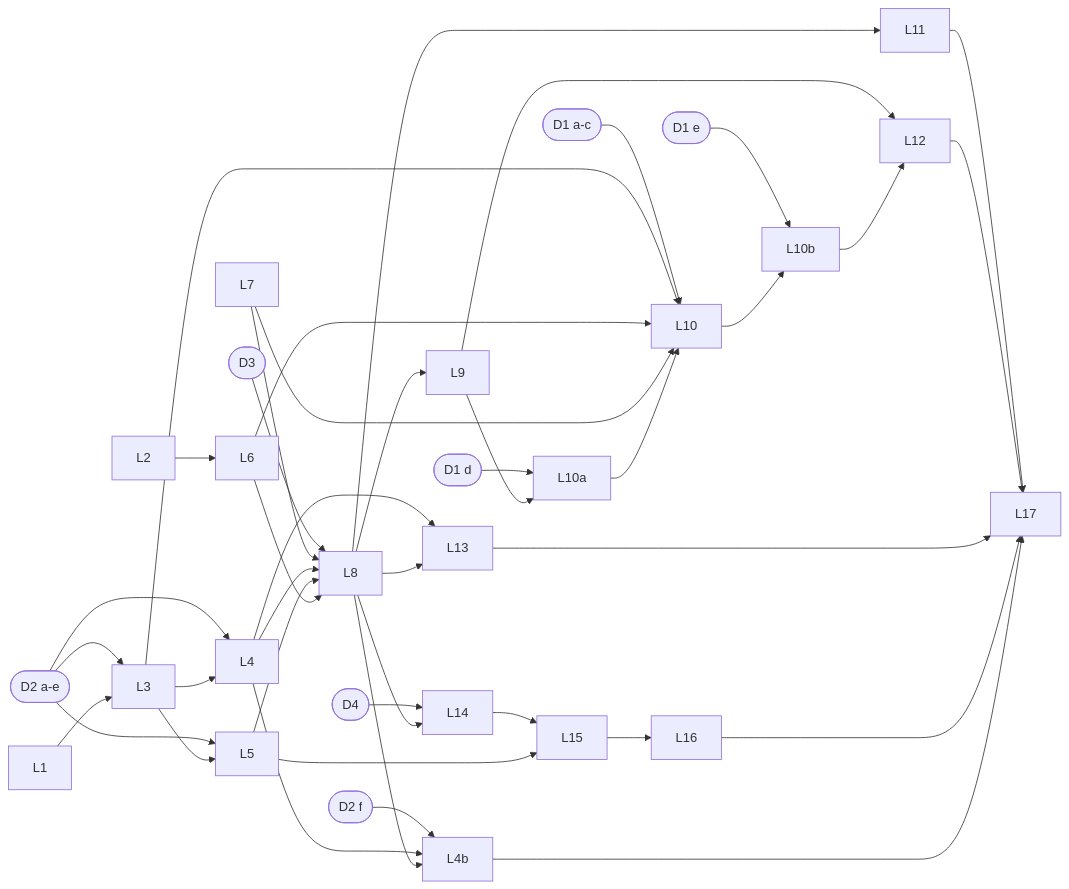
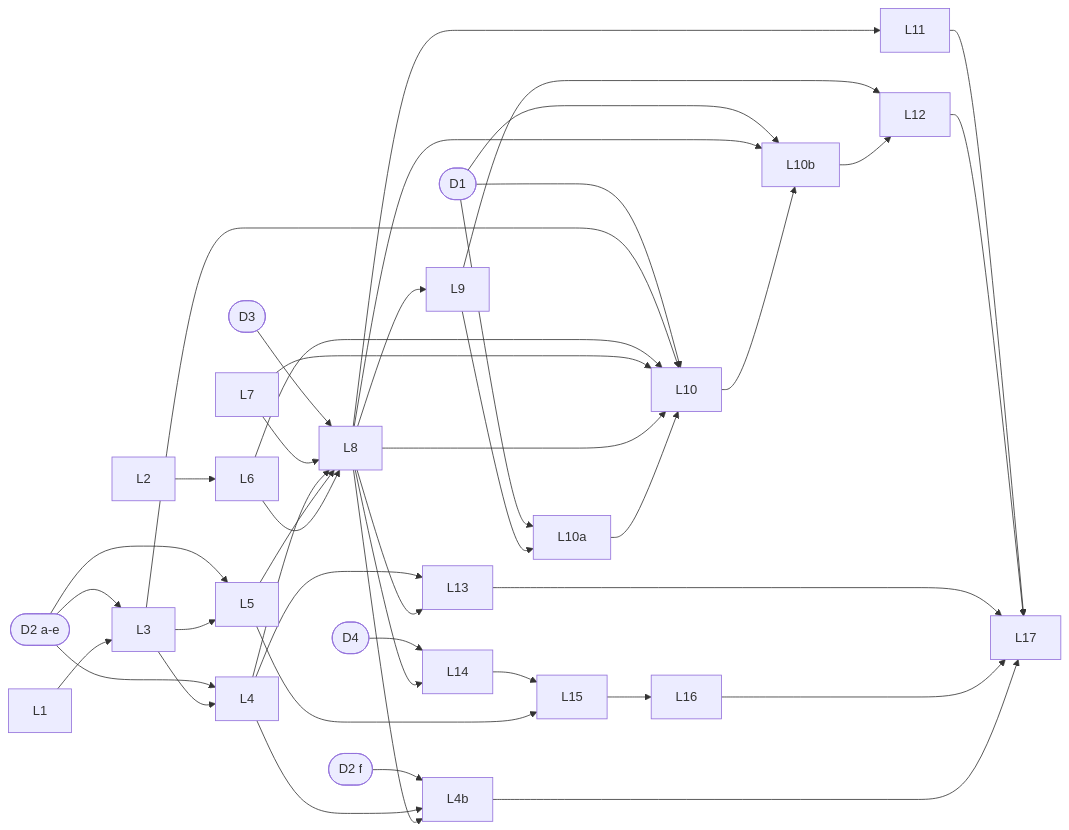
Before and after one commit to maingocanh1702/plexco-app: the diagram in docs/sessions/web-mvp-phase3-plan.md, drawn with Mermaid. The commit also changed other lines of this file and 2 other files, not shown here.

````diff
--- a/docs/sessions/web-mvp-phase3-plan.md
+++ b/docs/sessions/web-mvp-phase3-plan.md
@@ -60,25 +60,23 @@
 ```mermaid
 flowchart LR
-  D1([D1 a-c]) --> L10
-  D1d([D1 d]) --> L10a
-  D1e([D1 e]) --> L10b
+  D1([D1]) --> L10a & L10 & L10b
   D2([D2 a-e]) --> L3 & L4 & L5
   D2f([D2 f]) --> L4b
   D3([D3]) --> L8
   D4([D4]) --> L14
   L1 --> L3
   L3 --> L4 & L5 & L10
   L2 --> L6
   L6 --> L10
   L7 --> L8 & L10
   L4 & L5 & L6 --> L8
   L4 --> L4b & L13
-  L8 --> L9 & L11 & L13 & L14 & L4b
+  L8 --> L9 & L10 & L10b & L11 & L13 & L14 & L4b
   L9 --> L10a & L12
   L10a --> L10
   L10 --> L10b
   L10b --> L12
   L14 & L5 --> L15
   L15 --> L16
   L11 & L12 & L13 & L16 & L4b --> L17
 ```
````
